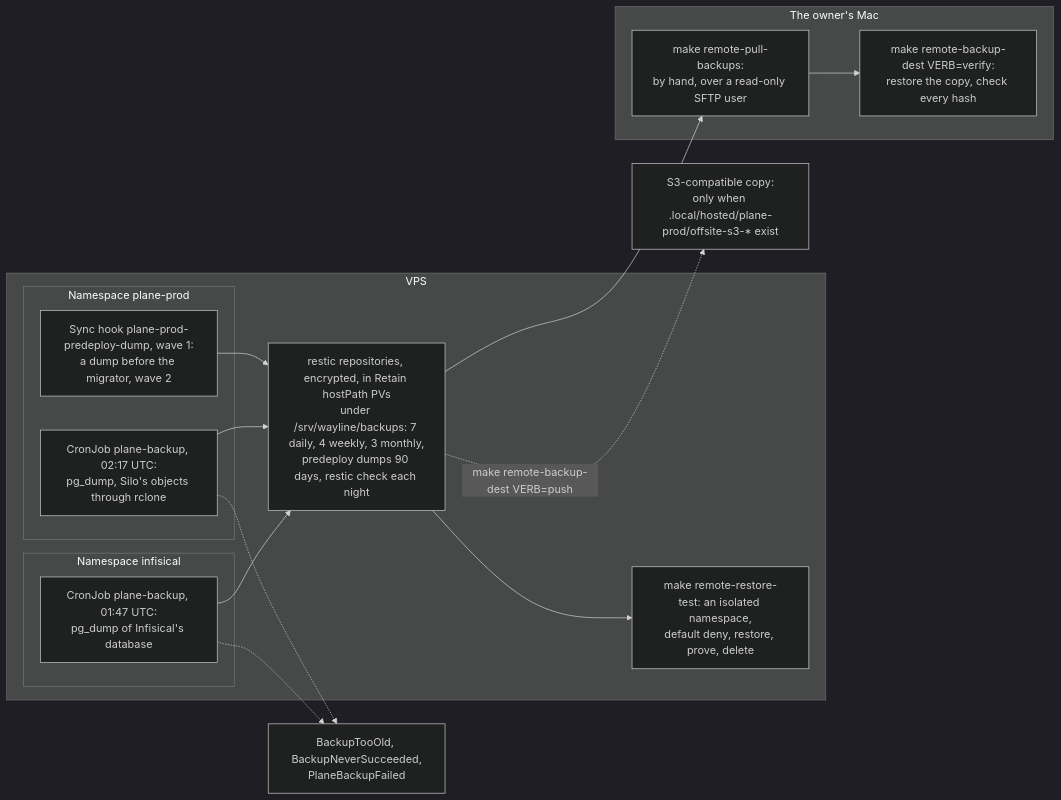
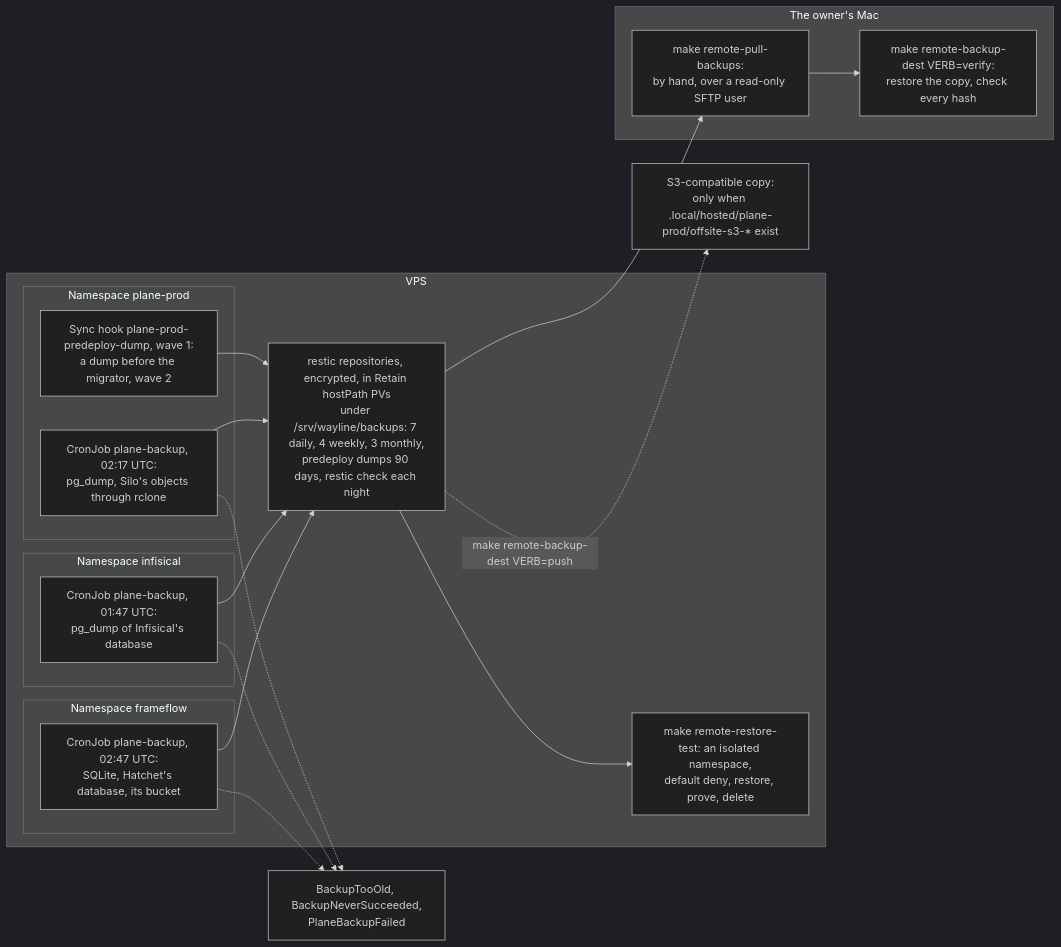
One commit to BereketAbera/plane-platform changed diagram 11 of 11 in docs/architecture.md. Above: the diagram before and after it, drawn with Mermaid (dark theme). The commit also changed other lines of this file and 8 other files, not shown here.

````diff
--- a/docs/architecture.md
+++ b/docs/architecture.md
@@ -774,30 +782,35 @@
 ```mermaid
 flowchart LR
   subgraph vps["VPS"]
     subgraph pp["Namespace plane-prod"]
       pre["Sync hook plane-prod-predeploy-dump, wave 1:<br/>a dump before the migrator, wave 2"]
       cronp["CronJob plane-backup, 02:17 UTC:<br/>pg_dump, Silo's objects through rclone"]
     end
     subgraph infns["Namespace infisical"]
       croni["CronJob plane-backup, 01:47 UTC:<br/>pg_dump of Infisical's database"]
+    end
+    subgraph ffns["Namespace frameflow"]
+      cronf["CronJob plane-backup, 02:47 UTC:<br/>SQLite, Hatchet's database, its bucket"]
     end
     repo["restic repositories, encrypted, in Retain hostPath PVs<br/>under /srv/wayline/backups: 7 daily, 4 weekly, 3 monthly,<br/>predeploy dumps 90 days, restic check each night"]
     rtest["make remote-restore-test: an isolated namespace,<br/>default deny, restore, prove, delete"]
   end
   subgraph mac["The owner's Mac"]
     pull["make remote-pull-backups:<br/>by hand, over a read-only SFTP user"]
     verify["make remote-backup-dest VERB=verify:<br/>restore the copy, check every hash"]
   end
   s3["S3-compatible copy:<br/>only when .local/hosted/plane-prod/offsite-s3-* exist"]
   alerts["BackupTooOld, BackupNeverSucceeded,<br/>PlaneBackupFailed"]
 
   pre --> repo
   cronp --> repo
   croni --> repo
+  cronf --> repo
   repo --> rtest
   repo --> pull
   pull --> verify
   repo -.->|"make remote-backup-dest VERB=push"| s3
   cronp -.-> alerts
   croni -.-> alerts
+  cronf -.-> alerts
 ```
````
